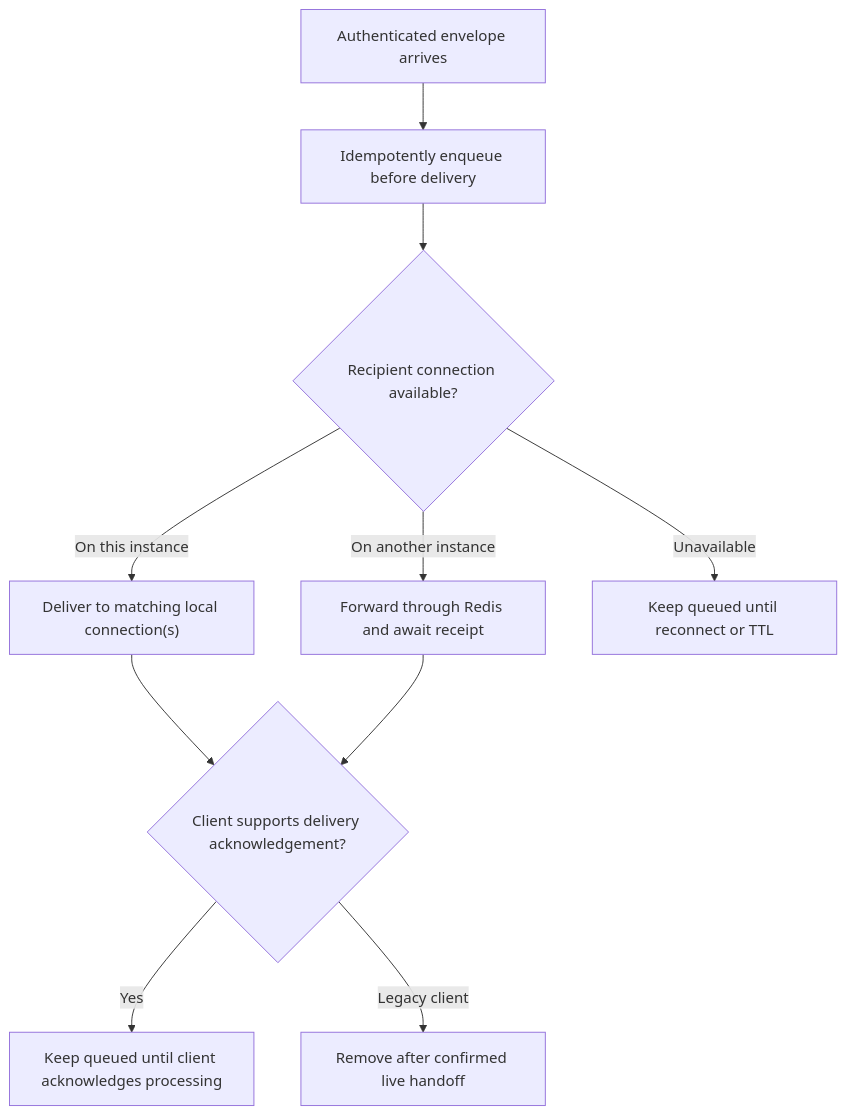
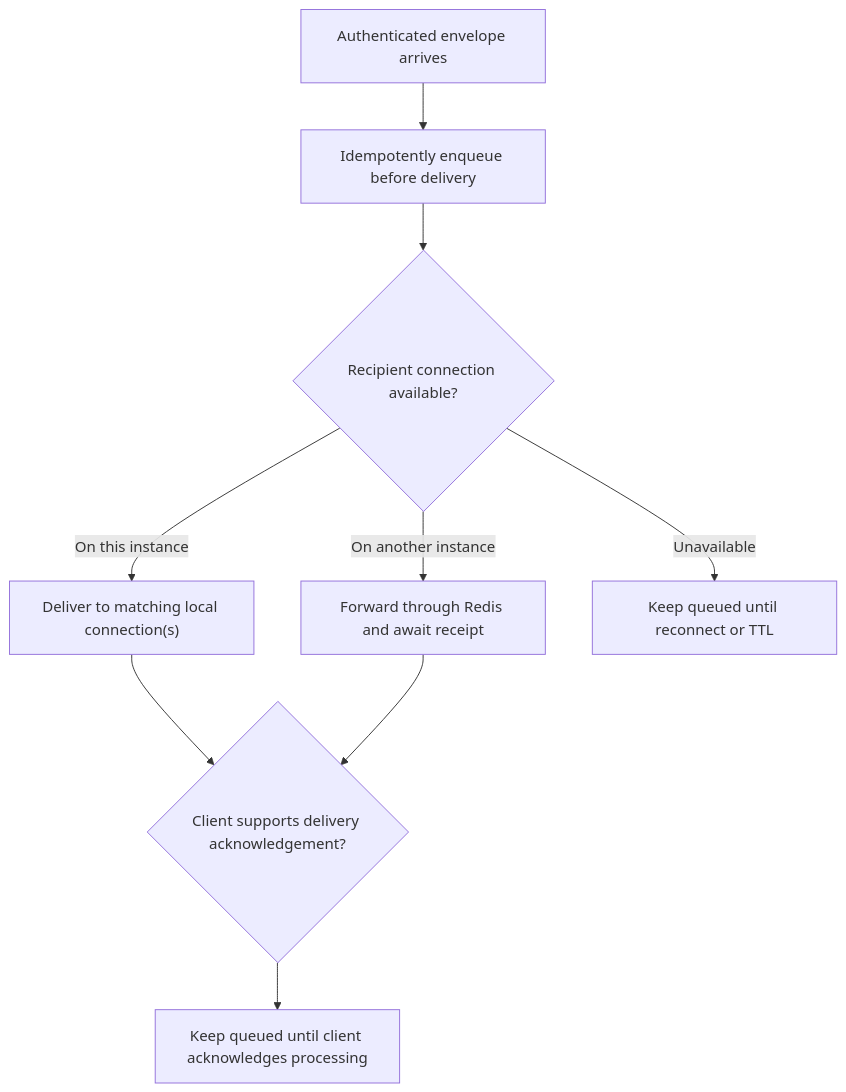
The seventh of 10 diagrams in docs/ARCHITECTURE-AND-SECURITY.md (ilyafainberg/Mesh), drawn with Mermaid before and after one commit. The commit also changed other lines of this file and 24 other files, not shown here.

````diff
--- a/docs/ARCHITECTURE-AND-SECURITY.md
+++ b/docs/ARCHITECTURE-AND-SECURITY.md
@@ -400,12 +400,11 @@
 ```mermaid
 flowchart TD
     In["Authenticated envelope arrives"] --> Q["Idempotently enqueue before delivery"]
     Q --> Check{"Recipient connection available?"}
     Check -->|"On this instance"| Local["Deliver to matching local connection(s)"]
     Check -->|"On another instance"| Fwd["Forward through Redis and await receipt"]
     Check -->|"Unavailable"| Keep["Keep queued until reconnect or TTL"]
     Local --> Ack{"Client supports delivery acknowledgement?"}
     Fwd --> Ack
-    Ack -->|"Yes"| Wait["Keep queued until client acknowledges processing"]
-    Ack -->|"Legacy client"| Remove["Remove after confirmed live handoff"]
+    Ack --> Wait["Keep queued until client acknowledges processing"]
 ```
````
